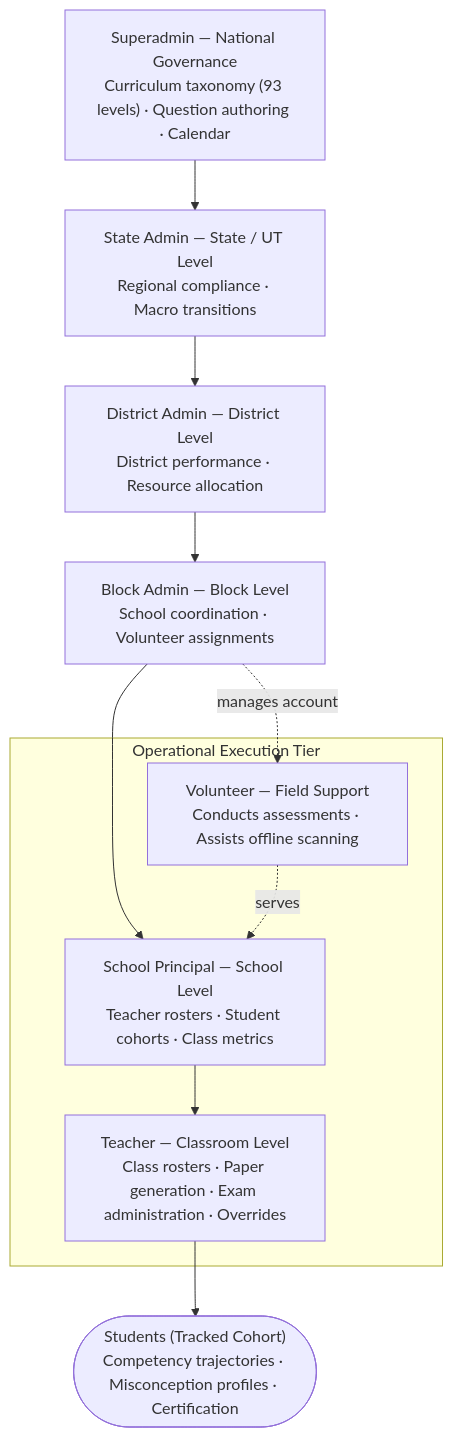
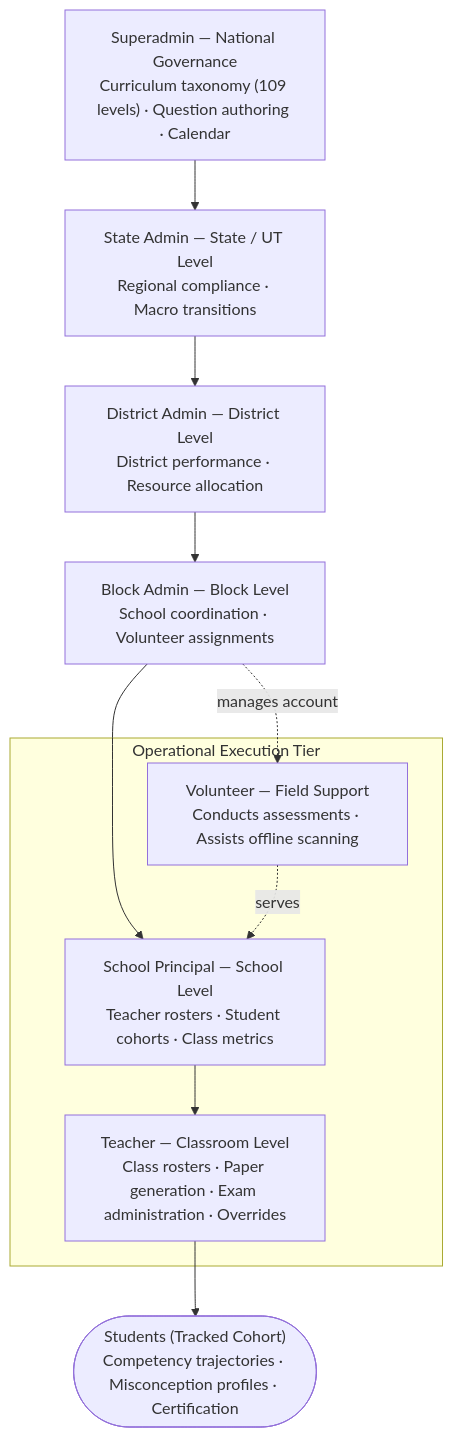
One commit to vicharanashala/fln changed the second of 3 diagrams in ARCHITECTURE.md. Above: the diagram before and after it, drawn with Mermaid. The commit also changed other lines of this file, not shown here.

First line of the commit message:
docs(architecture): say 109 levels instead of 93 (Refs #541)

````diff
--- a/ARCHITECTURE.md
+++ b/ARCHITECTURE.md
@@ -95,24 +95,24 @@
 ```mermaid
 flowchart TD
-    SA["Superadmin — National Governance<br/>Curriculum taxonomy (93 levels) · Question authoring · Calendar"]
+    SA["Superadmin — National Governance<br/>Curriculum taxonomy (109 levels) · Question authoring · Calendar"]
     A["State Admin — State / UT Level<br/>Regional compliance · Macro transitions"]
     DA["District Admin — District Level<br/>District performance · Resource allocation"]
     BA["Block Admin — Block Level<br/>School coordination · Volunteer assignments"]
     S["School Principal — School Level<br/>Teacher rosters · Student cohorts · Class metrics"]
     T["Teacher — Classroom Level<br/>Class rosters · Paper generation · Exam administration · Overrides"]
     V["Volunteer — Field Support<br/>Conducts assessments · Assists offline scanning"]
     Students(["Students (Tracked Cohort)<br/>Competency trajectories · Misconception profiles · Certification"])
 
     SA --> A --> DA --> BA
     BA --> S
     BA -.manages account.-> V
     S --> T
     T --> Students
     V -.serves.-> S
 
     subgraph OperationTier["Operational Execution Tier"]
         S
         T
         V
     end
 ```
````
